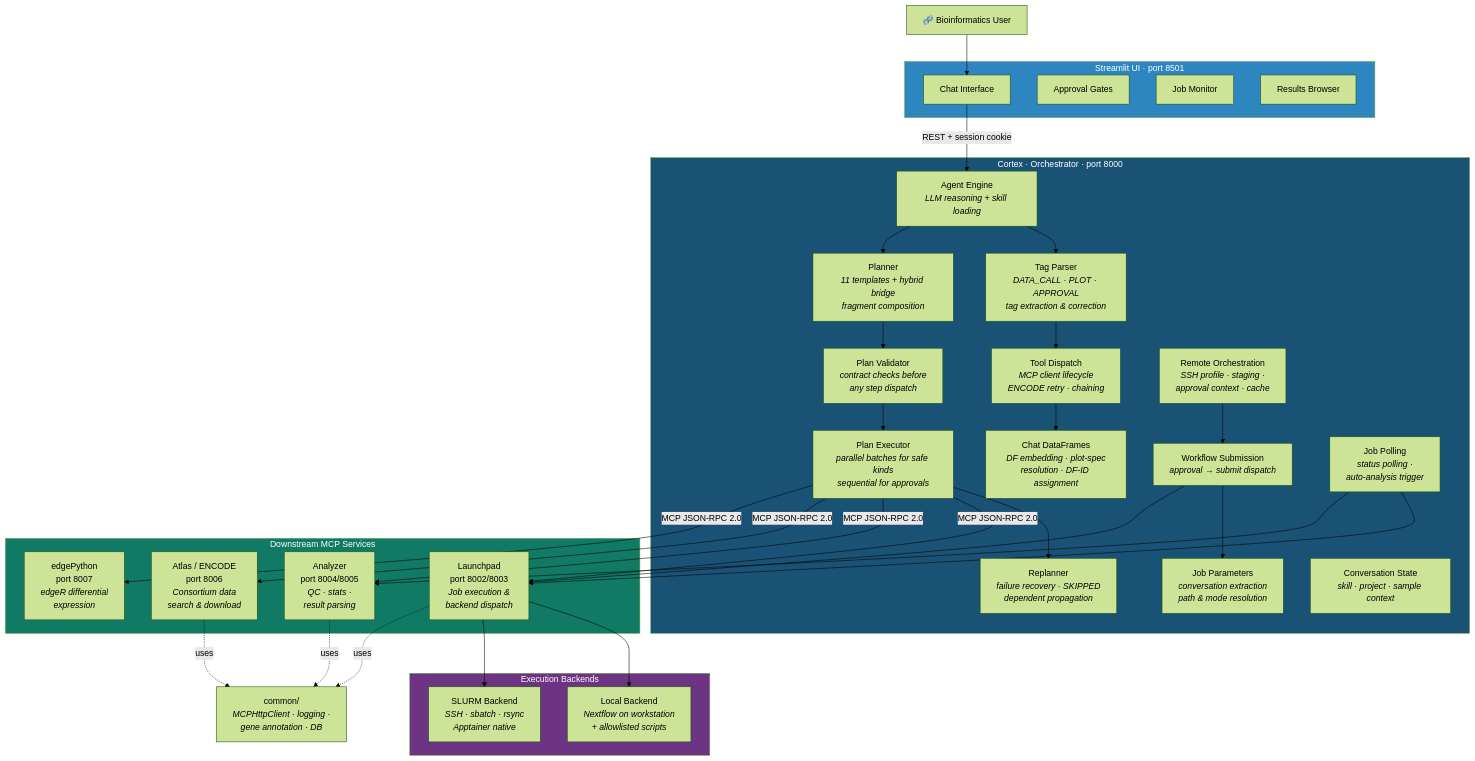
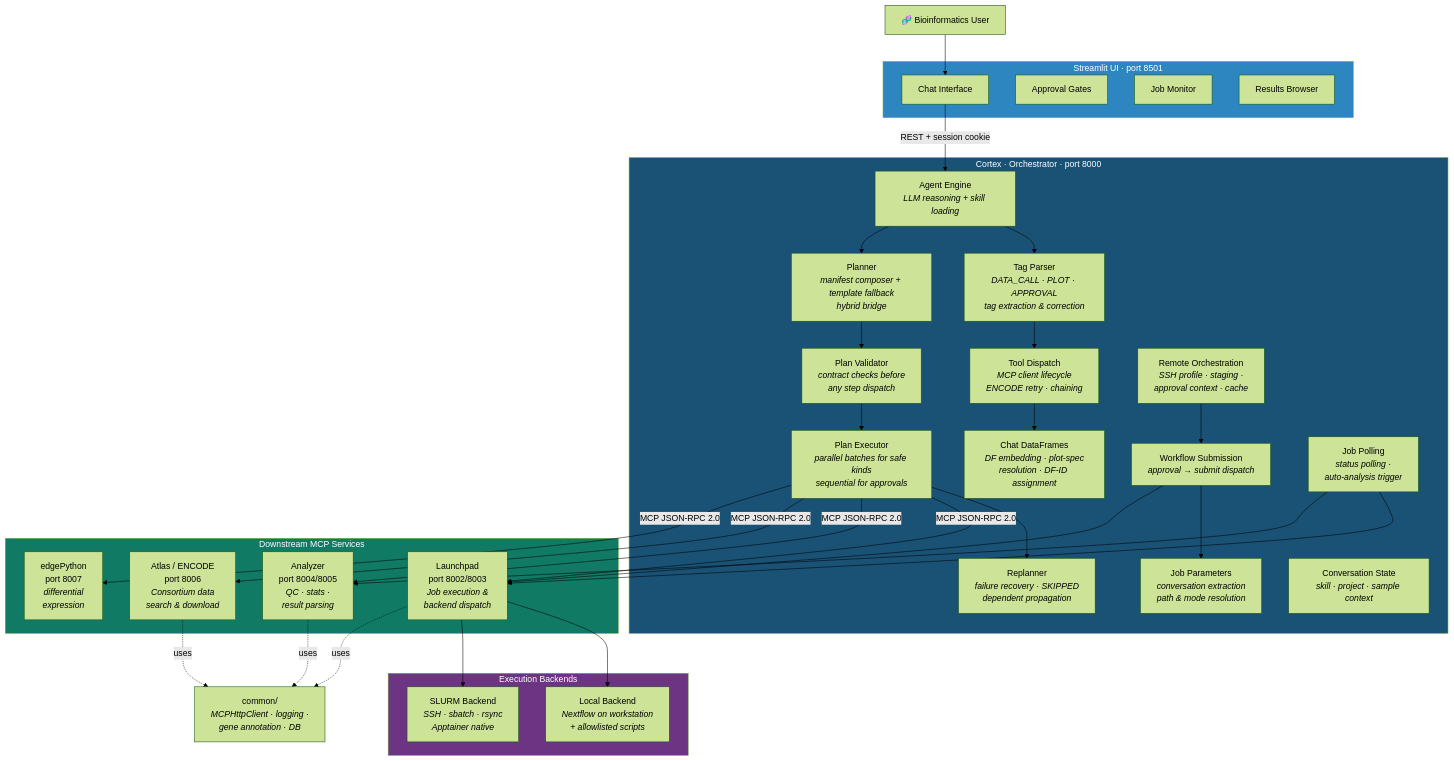
Before and after one commit to mortazavilab/agoutic: the first of 8 diagrams in docs/architecture_diagrams.md, drawn with Mermaid (forest theme). The commit also changed other lines of this file and 52 other files, not shown here.

````diff
--- a/docs/architecture_diagrams.md
+++ b/docs/architecture_diagrams.md
@@ -18,66 +18,66 @@
 ```mermaid
 graph TB
     User["🧬 Bioinformatics User"]
 
     subgraph UI ["Streamlit UI · port 8501"]
         Chat["Chat Interface"]
         Approval["Approval Gates"]
         Monitor["Job Monitor"]
         Results["Results Browser"]
     end
 
     subgraph Cortex ["Cortex · Orchestrator · port 8000"]
         Agent["Agent Engine<br/><i>LLM reasoning + skill loading</i>"]
         TagParse["Tag Parser<br/><i>DATA_CALL · PLOT · APPROVAL<br/>tag extraction & correction</i>"]
         ToolDisp["Tool Dispatch<br/><i>MCP client lifecycle<br/>ENCODE retry · chaining</i>"]
         ChatDF["Chat DataFrames<br/><i>DF embedding · plot-spec<br/>resolution · DF-ID assignment</i>"]
-        Planner["Planner<br/><i>11 templates + hybrid bridge<br/>fragment composition</i>"]
+        Planner["Planner<br/><i>manifest composer + template fallback<br/>hybrid bridge</i>"]
         PlanVal["Plan Validator<br/><i>contract checks before<br/>any step dispatch</i>"]
         Executor["Plan Executor<br/><i>parallel batches for safe kinds<br/>sequential for approvals</i>"]
         Replanner["Replanner<br/><i>failure recovery · SKIPPED<br/>dependent propagation</i>"]
         RemoteOrch["Remote Orchestration<br/><i>SSH profile · staging ·<br/>approval context · cache</i>"]
         Submission["Workflow Submission<br/><i>approval → submit dispatch</i>"]
         JobParams["Job Parameters<br/><i>conversation extraction<br/>path & mode resolution</i>"]
         JobPoll["Job Polling<br/><i>status polling ·<br/>auto-analysis trigger</i>"]
         State["Conversation State<br/><i>skill · project · sample context</i>"]
     end
 
     subgraph Services ["Downstream MCP Services"]
         LP["Launchpad<br/>port 8002/8003<br/><i>Job execution &<br/>backend dispatch</i>"]
         AN["Analyzer<br/>port 8004/8005<br/><i>QC · stats ·<br/>result parsing</i>"]
         AT["Atlas / ENCODE<br/>port 8006<br/><i>Consortium data<br/>search & download</i>"]
-        EP["edgePython<br/>port 8007<br/><i>edgeR differential<br/>expression</i>"]
+        EP["edgePython<br/>port 8007<br/><i>differential<br/>expression</i>"]
     end
 
     subgraph Backends ["Execution Backends"]
         Local["Local Backend<br/><i>Nextflow on workstation<br/>+ allowlisted scripts</i>"]
         SLURM["SLURM Backend<br/><i>SSH · sbatch · rsync<br/>Apptainer native</i>"]
     end
 
     Common["common/<br/><i>MCPHttpClient · logging ·<br/>gene annotation · DB</i>"]
 
     User --> Chat
     Chat -->|"REST + session cookie"| Agent
     Agent --> TagParse --> ToolDisp --> ChatDF
     Agent --> Planner
     Planner --> PlanVal --> Executor
     Executor --> Replanner
     Executor -->|"MCP JSON-RPC 2.0"| LP
     Executor -->|"MCP JSON-RPC 2.0"| AN
     Executor -->|"MCP JSON-RPC 2.0"| AT
     Executor -->|"MCP JSON-RPC 2.0"| EP
     RemoteOrch --> Submission --> JobParams
     Submission --> LP
     JobPoll --> LP
     JobPoll --> AN
     LP --> Local
     LP --> SLURM
     LP -.->|uses| Common
     AN -.->|uses| Common
     AT -.->|uses| Common
 
     style Cortex fill:#1a5276,color:#fff
     style UI fill:#2e86c1,color:#fff
     style Services fill:#117a65,color:#fff
     style Backends fill:#6c3483,color:#fff
 ```
````
